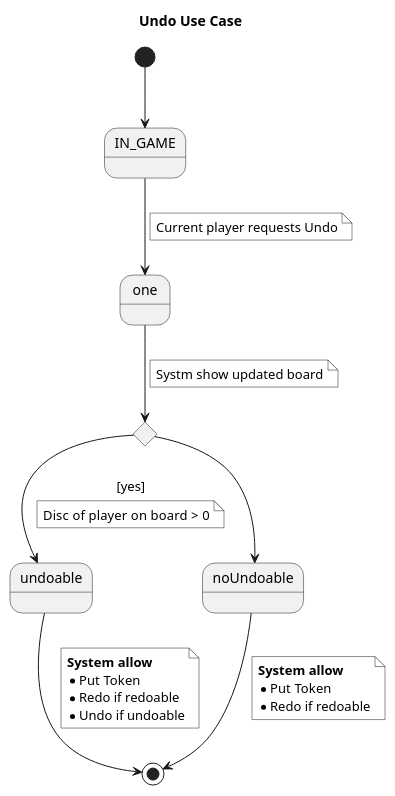
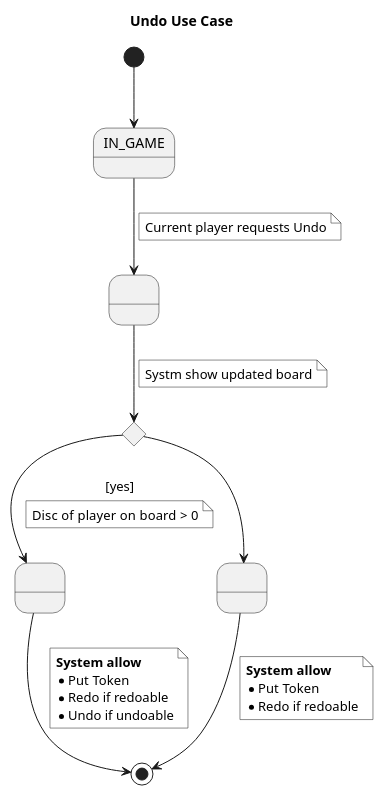
Before and after one commit to hugohg34/conecta4: the diagram in doc/src/casos_uso/undo.puml, drawn with PlantUML. The commit also changed 1 other file, not shown here.

```diff
--- a/doc/src/casos_uso/undo.puml
+++ b/doc/src/casos_uso/undo.puml
@@ -1,34 +1,34 @@
 @startuml
 title "Undo Use Case"
 
 state IN_GAME
-state one
+state " " as one
 state is_undoable <<choice>>
-state undoable
-state noUndoable
+state " " as undoable
+state " " as noUndoable
 
 [*] --> IN_GAME
 IN_GAME --> one
 note on link #white : Current player requests Undo
 one --> is_undoable
 note on link #white : Systm show updated board
 is_undoable --> undoable : [yes]
 note on link #white
 	Disc of player on  board > 0
 end note
 is_undoable --> noUndoable
 undoable --> [*]
 note on link #white
 	<b>System allow</b>
 	* Put Token
 	* Redo if redoable
 	* Undo if undoable
 end note
 noUndoable --> [*]	
 note on link #white
 	<b>System allow</b>
 	* Put Token
 	* Redo if redoable
 end note
 
 @enduml
```
